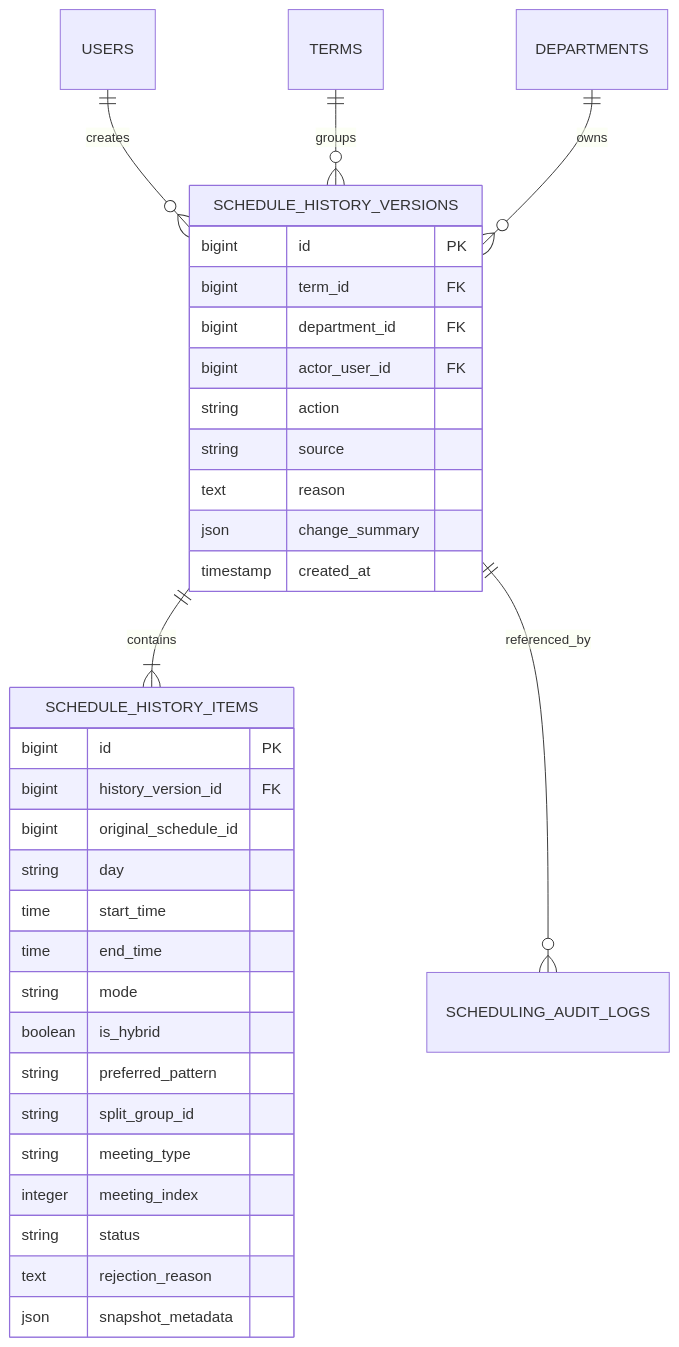
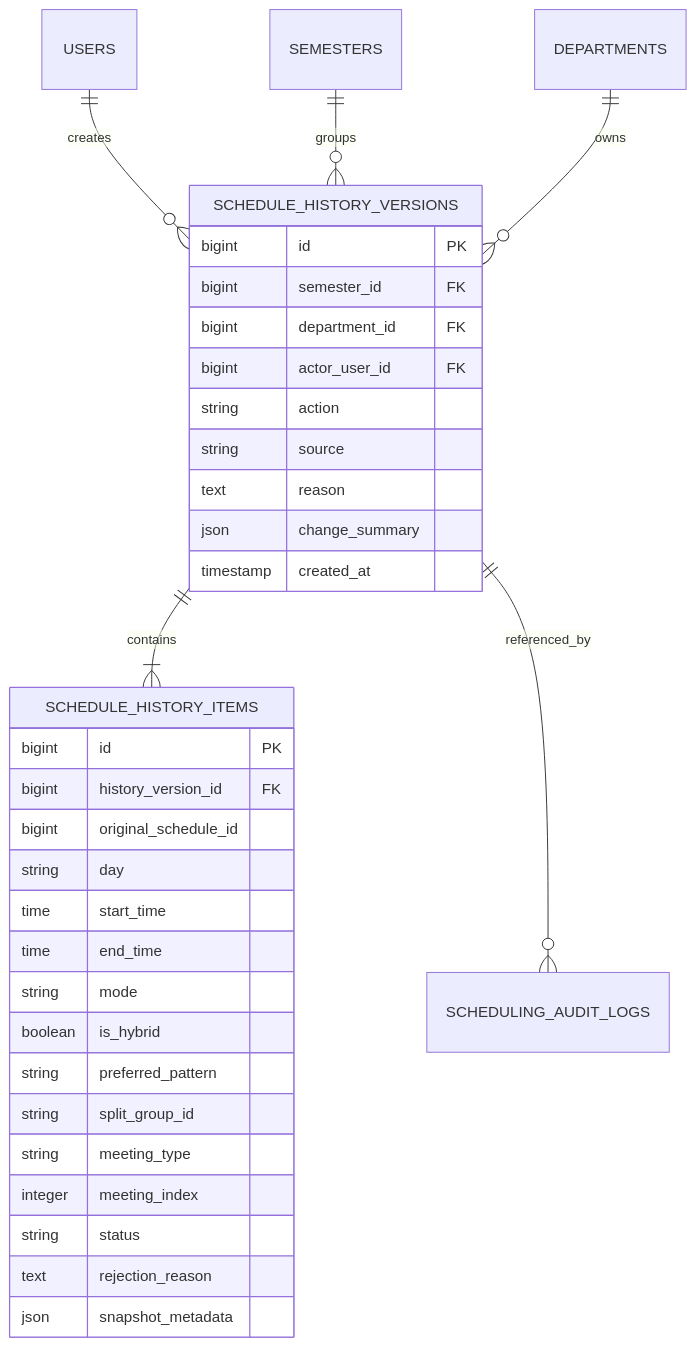
The second of 2 diagrams in docs/schedule_history_workflow.md (rtdabz/Web-Based-Intelligent-Conflict-Detection-and-Recommendation-System-for-Academic-Scheduling), drawn with Mermaid before and after one commit. The commit also changed other lines of this file and 223 other files, not shown here.

First line of the commit message:
refactor: rename the academic Term entity to Semester

````diff
--- a/docs/schedule_history_workflow.md
+++ b/docs/schedule_history_workflow.md
@@ -64,38 +64,38 @@
 ```mermaid
 erDiagram
     USERS ||--o{ SCHEDULE_HISTORY_VERSIONS : creates
-    TERMS ||--o{ SCHEDULE_HISTORY_VERSIONS : groups
+    SEMESTERS ||--o{ SCHEDULE_HISTORY_VERSIONS : groups
     DEPARTMENTS ||--o{ SCHEDULE_HISTORY_VERSIONS : owns
     SCHEDULE_HISTORY_VERSIONS ||--|{ SCHEDULE_HISTORY_ITEMS : contains
     SCHEDULE_HISTORY_VERSIONS ||--o{ SCHEDULING_AUDIT_LOGS : referenced_by
 
     SCHEDULE_HISTORY_VERSIONS {
         bigint id PK
-        bigint term_id FK
+        bigint semester_id FK
         bigint department_id FK
         bigint actor_user_id FK
         string action
         string source
         text reason
         json change_summary
         timestamp created_at
     }
 
     SCHEDULE_HISTORY_ITEMS {
         bigint id PK
         bigint history_version_id FK
         bigint original_schedule_id
         string day
         time start_time
         time end_time
         string mode
         boolean is_hybrid
         string preferred_pattern
         string split_group_id
         string meeting_type
         integer meeting_index
         string status
         text rejection_reason
         json snapshot_metadata
     }
 ```
````
